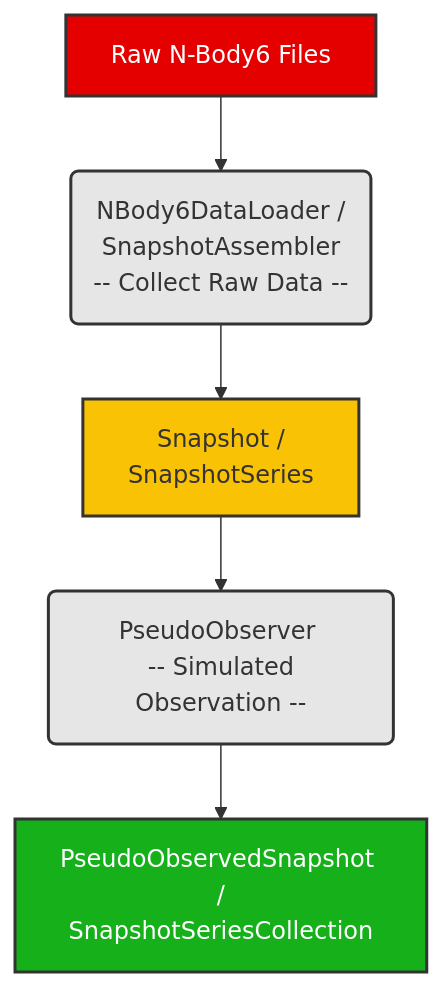
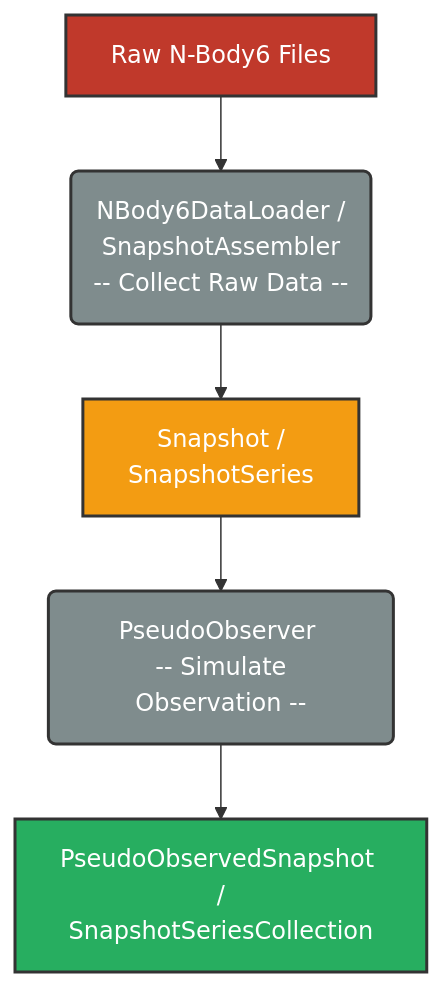
Before and after one commit to fengshun124/NBODY6-data-pipeline: the diagram in README.md, drawn with Mermaid. The commit also changed other lines of this file, not shown here.

````diff
--- a/README.md
+++ b/README.md
@@ -9,13 +10,12 @@
 ```mermaid
 graph TD
     A[Raw N-Body6 Files] --> B(NBody6DataLoader /<br/>SnapshotAssembler <br/> -- Collect Raw Data --);
     B --> C[Snapshot /<br/>SnapshotSeries];
-    C --> D(PseudoObserver <br/> -- Simulated Observation --);
+    C --> D(PseudoObserver <br/> -- Simulate Observation --);
     D --> E[PseudoObservedSnapshot /<br/>SnapshotSeriesCollection];
-
-    style A fill:#E50000,stroke:#333,stroke-width:2px,color:#fff
-    style B fill:#E6E6E6,stroke:#333,stroke-width:2px
-    style C fill:#FAC205,stroke:#333,stroke-width:2px
-    style D fill:#E6E6E6,stroke:#333,stroke-width:2px
-    style E fill:#15B01A,stroke:#333,stroke-width:2px,color:#fff
+    style A fill: #c0392b, stroke: #333, stroke-width: 2px, color: #fff
+    style B fill: #7f8c8d, stroke: #333, stroke-width: 2px, color: #fff
+    style C fill: #f39c12, stroke: #333, stroke-width: 2px, color: #fff
+    style D fill: #7f8c8d, stroke: #333, stroke-width: 2px, color: #fff
+    style E fill: #27ae60, stroke: #333, stroke-width: 2px, color: #fff
 ```
````
